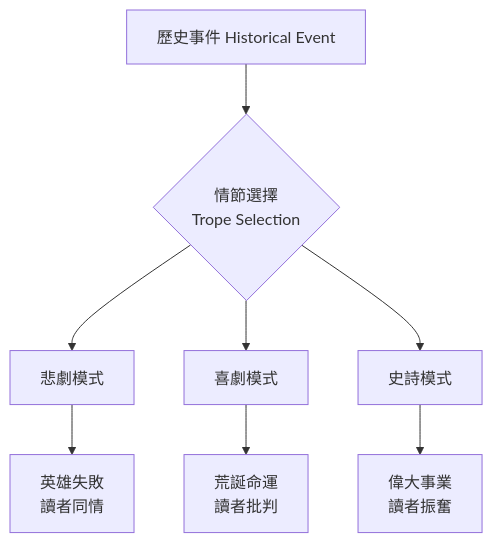
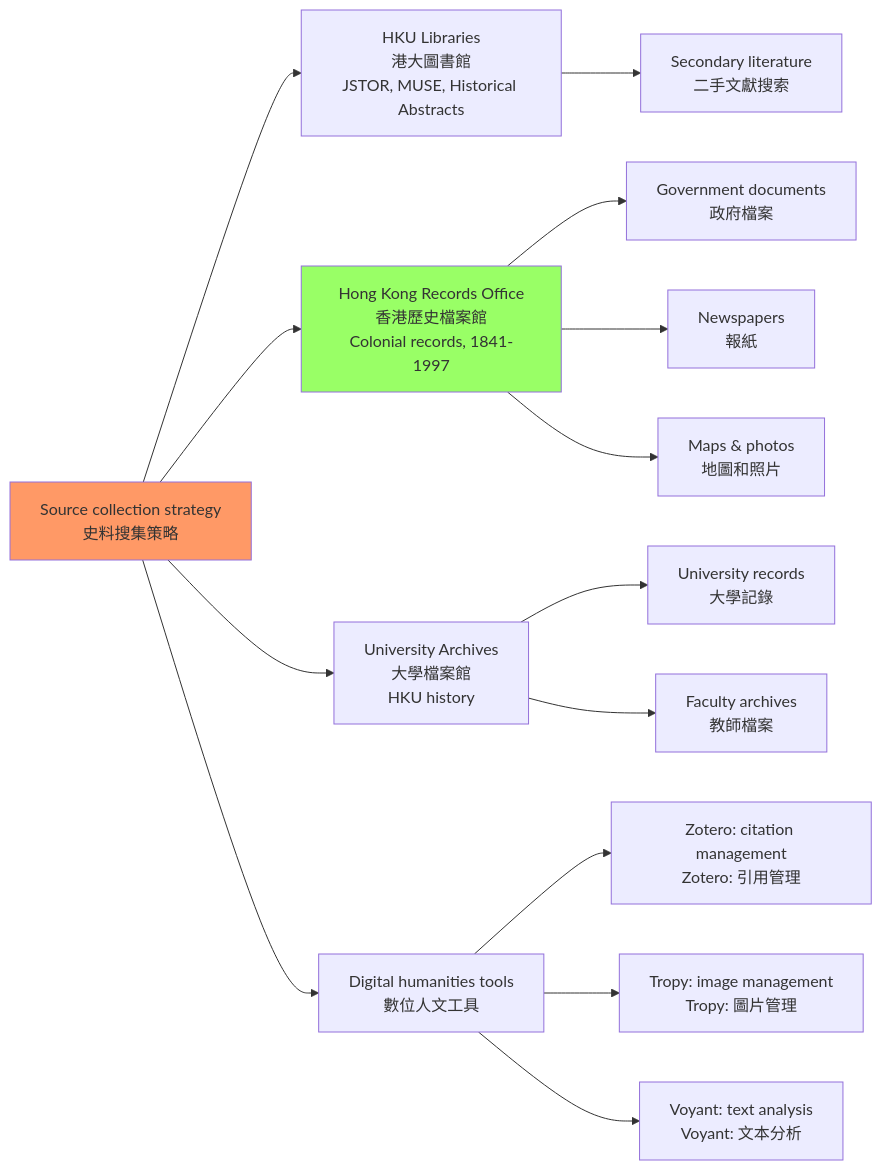
Before and after one commit to yip-lgtm/HKU-Harvard-History-Self-Study: the second of 5 diagrams in 01_HKU_Courses/HIST4017_Dissertation_Elective.md, drawn with Mermaid. The commit also changed other lines of this file and 2 other files, not shown here.

Commit message:
HKU: HIST2213, HIST4017, HIST3076 partial from hkuv5

````diff
--- a/01_HKU_Courses/HIST4017_Dissertation_Elective.md
+++ b/01_HKU_Courses/HIST4017_Dissertation_Elective.md
@@ -228,10 +152,22 @@
 ```mermaid
-flowchart TD
-    A[歷史事件 Historical Event] --> B{情節選擇<br/>Trope Selection}
-    B --> C[悲劇模式]
-    B --> D[喜劇模式]
-    B --> E[史詩模式]
-    C --> F[英雄失敗<br/>讀者同情]
-    D --> G[荒誕命運<br/>讀者批判]
-    E --> H[偉大事業<br/>讀者振奮]
+graph LR
+    A[Source collection strategy<br/>史料搜集策略] --> B[HKU Libraries<br/>港大圖書館<br/>JSTOR, MUSE, Historical Abstracts]
+    A --> C[Hong Kong Records Office<br/>香港歷史檔案館<br/>Colonial records, 1841-1997]
+    A --> D[University Archives<br/>大學檔案館<br/>HKU history]
+    A --> E[Digital humanities tools<br/>數位人文工具]
+    
+    B --> B1[Secondary literature<br/>二手文獻搜索]
+    C --> C1[Government documents<br/>政府檔案]
+    C --> C2[Newspapers<br/>報紙]
+    C --> C3[Maps & photos<br/>地圖和照片]
+    
+    D --> D1[University records<br/>大學記錄]
+    D --> D2[Faculty archives<br/>教師檔案]
+    
+    E --> E1[Zotero: citation management<br/>Zotero: 引用管理]
+    E --> E2[Tropy: image management<br/>Tropy: 圖片管理]
+    E --> E3[Voyant: text analysis<br/>Voyant: 文本分析]
+    
+    style A fill:#f96
+    style C fill:#9f6
 ```
````
